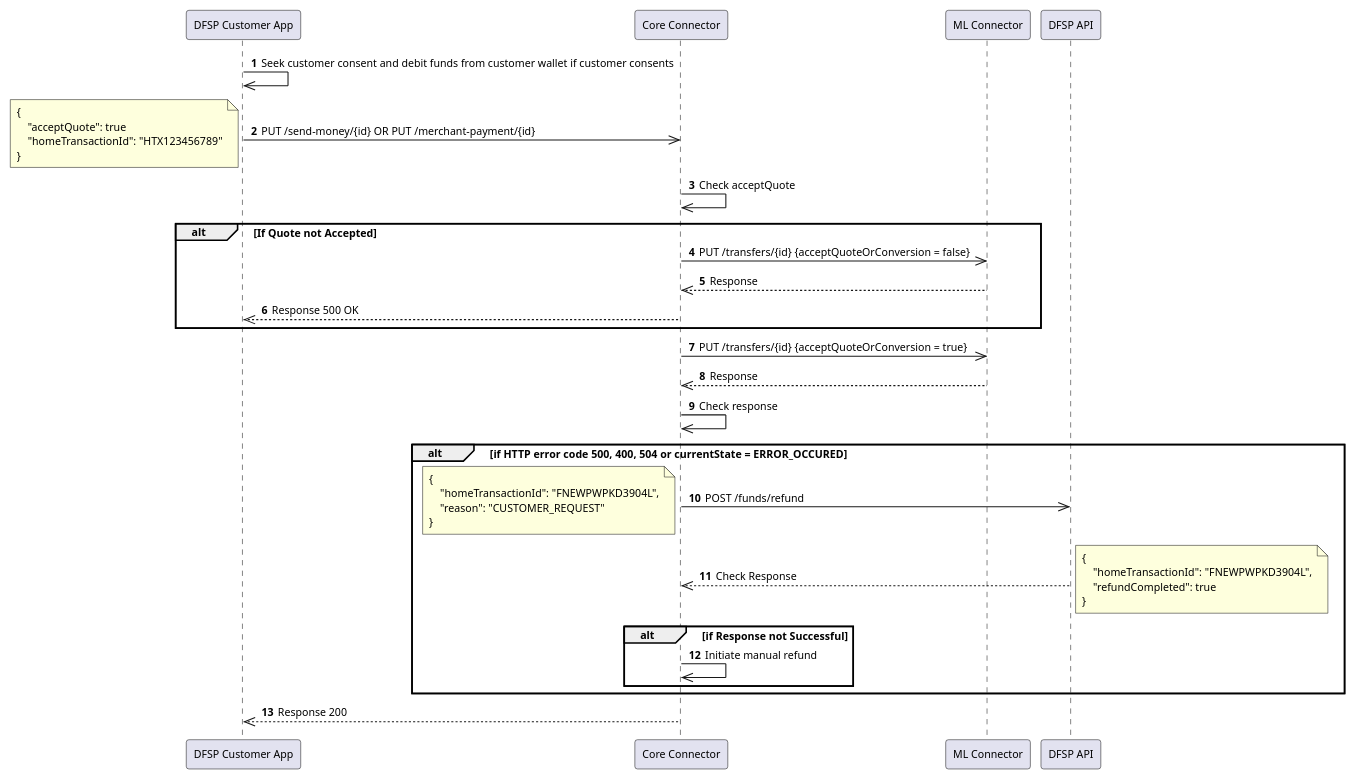
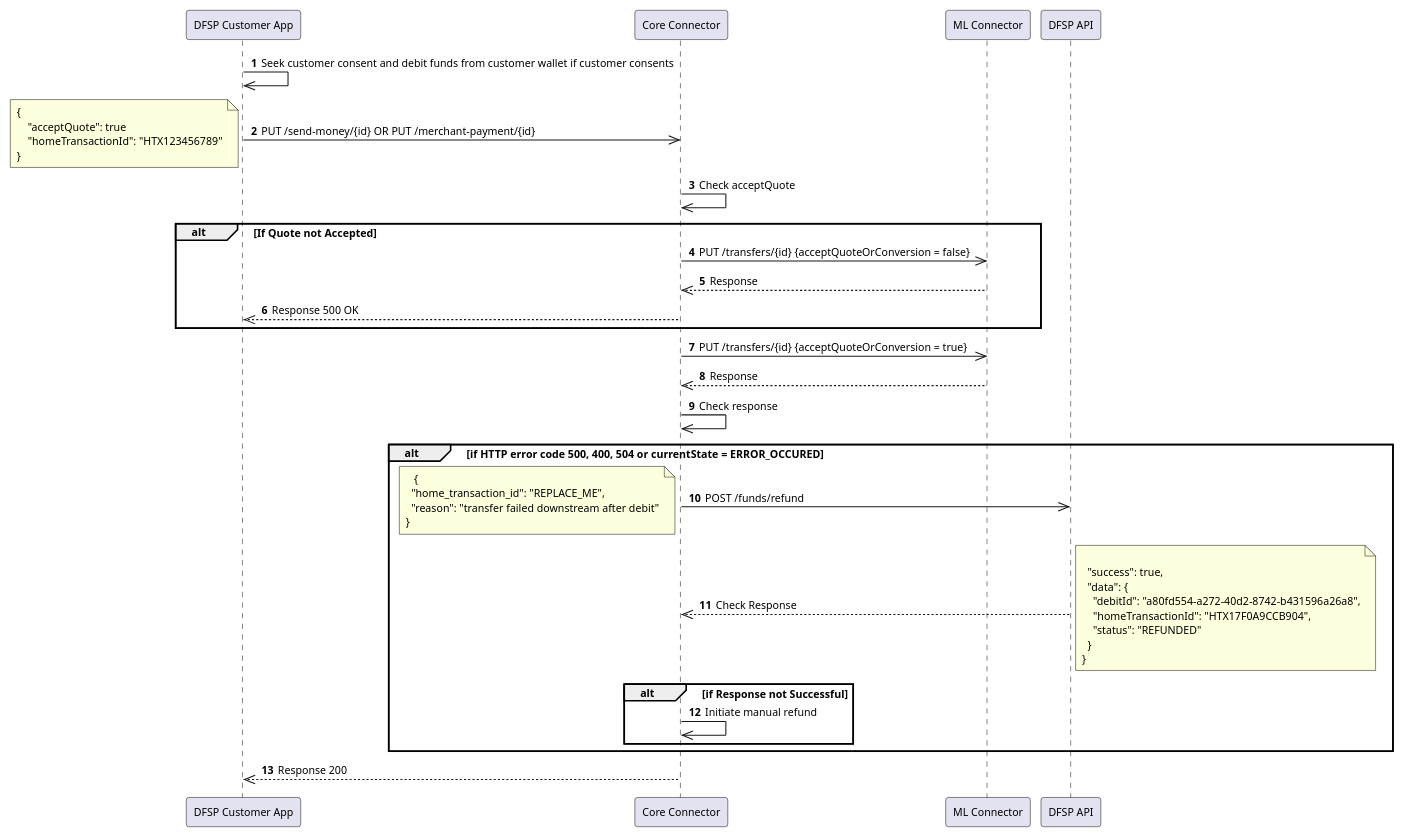
The diagram in docs/payer/dfsp-initiating-debit-of-funds.puml (wababaDev/blue-bank-ml-connector), drawn with PlantUML before and after one commit. The commit also changed 6 other files, not shown here.

```diff
--- a/docs/payer/dfsp-initiating-debit-of-funds.puml
+++ b/docs/payer/dfsp-initiating-debit-of-funds.puml
@@ -1,58 +1,62 @@
 @startuml name="handle-quote-acceptance"
 
 skinparam defaultFontSize 10
 autonumber
 
 participant "DFSP Customer App" as App
 participant "Core Connector" as Core
 participant "ML Connector" as ML
 participant "DFSP API" as BankAPI
 
 App ->> App: Seek customer consent and debit funds from customer wallet if customer consents
 
 App ->> Core: PUT /send-money/{id} OR PUT /merchant-payment/{id}
 note left
 {
     "acceptQuote": true
     "homeTransactionId": "HTX123456789"
 }
 end note
 
 Core ->> Core: Check acceptQuote
 
 alt If Quote not Accepted
     Core ->> ML: PUT /transfers/{id} {acceptQuoteOrConversion = false}
     ML -->> Core: Response
     Core -->> App: Response 500 OK
 end
 
 Core ->> ML: PUT /transfers/{id} {acceptQuoteOrConversion = true}
 ML -->> Core: Response
 
 Core ->> Core: Check response
 
 alt if HTTP error code 500, 400, 504 or currentState = ERROR_OCCURED
     Core ->> BankAPI: POST /funds/refund
     note left
-    {
-        "homeTransactionId": "FNEWPWPKD3904L",
-        "reason": "CUSTOMER_REQUEST"
-    }
+   {
+  "home_transaction_id": "REPLACE_ME",
+  "reason": "transfer failed downstream after debit"
+}
     end note
 
     BankAPI -->> Core: Check Response
     note right
-    {
-        "homeTransactionId": "FNEWPWPKD3904L",
-        "refundCompleted": true
-    }
+   
+  "success": true,
+  "data": {
+    "debitId": "a80fd554-a272-40d2-8742-b431596a26a8",
+    "homeTransactionId": "HTX17F0A9CCB904",
+    "status": "REFUNDED"
+  }
+}
     end note
 
     alt if Response not Successful
         Core ->> Core: Initiate manual refund
     end
 end
 
 Core -->> App: Response 200
 
 @enduml
```
